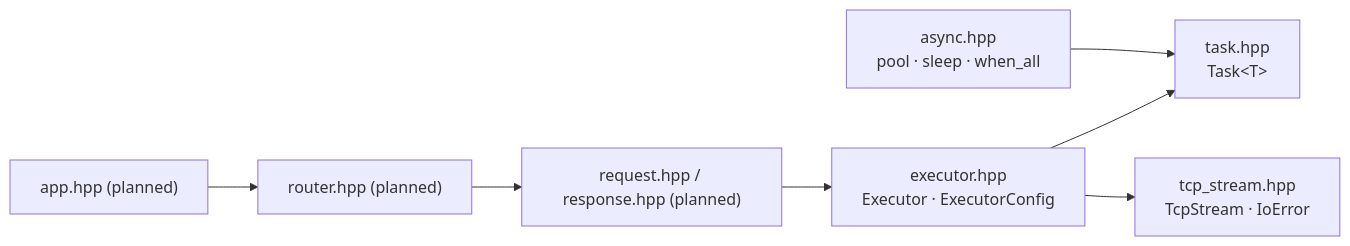
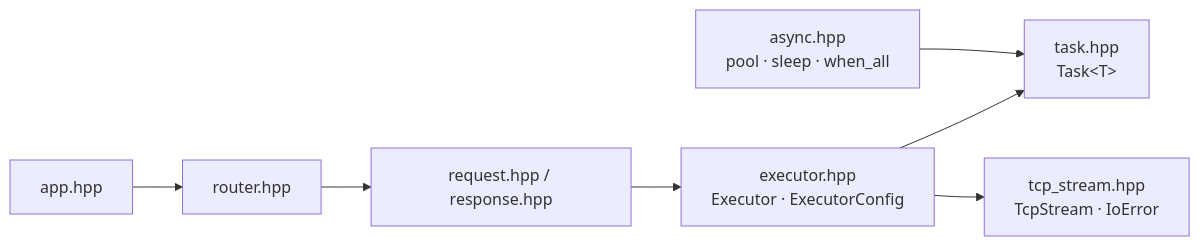
Before and after one commit to MohammadMokhalled/Aevox: the diagram in docs/api/index.md, drawn with Mermaid. The commit also changed other lines of this file and 26 other files, not shown here.

First line of the commit message:
docs(AEV-022): add /document skill, User Guide, Architecture pages, and docs refactor (#8)

````diff
--- a/docs/api/index.md
+++ b/docs/api/index.md
@@ -39,9 +30,9 @@
 ```mermaid
 graph LR
     ASYNC["async.hpp<br/>pool · sleep · when_all"] --> TASK
     EXEC["executor.hpp<br/>Executor · ExecutorConfig"] --> TASK["task.hpp<br/>Task&lt;T&gt;"]
     EXEC --> TCP["tcp_stream.hpp<br/>TcpStream · IoError"]
-    APP["app.hpp (planned)"] --> ROUTER["router.hpp (planned)"]
-    ROUTER --> RR["request.hpp / response.hpp (planned)"]
+    APP["app.hpp"] --> ROUTER["router.hpp"]
+    ROUTER --> RR["request.hpp / response.hpp"]
     RR --> EXEC
 ```
````
